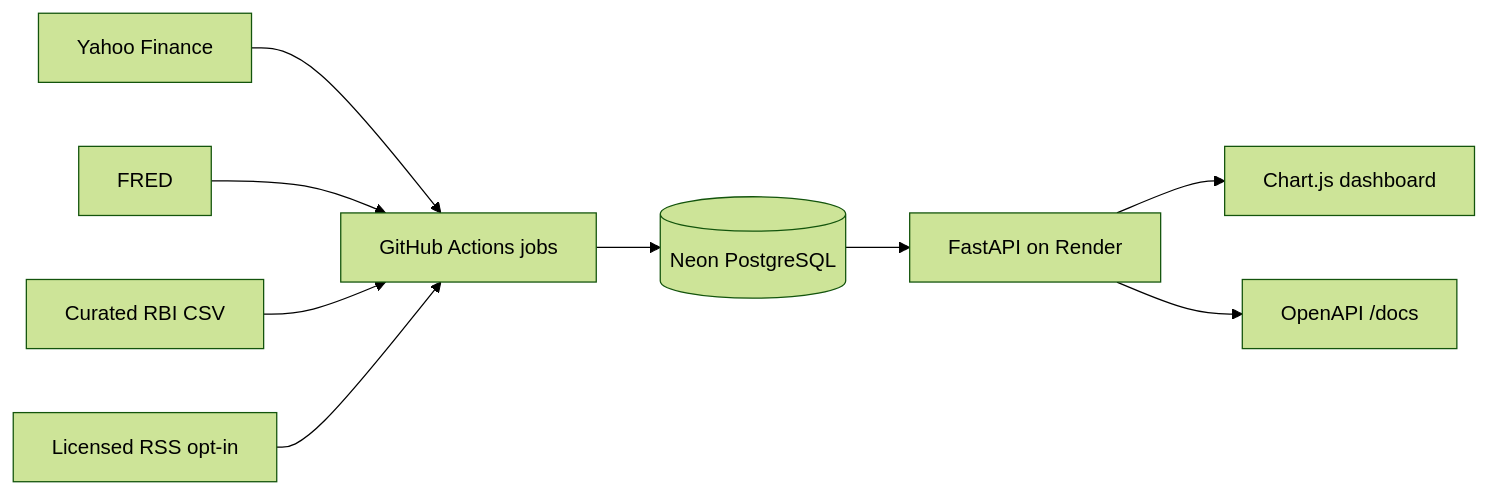
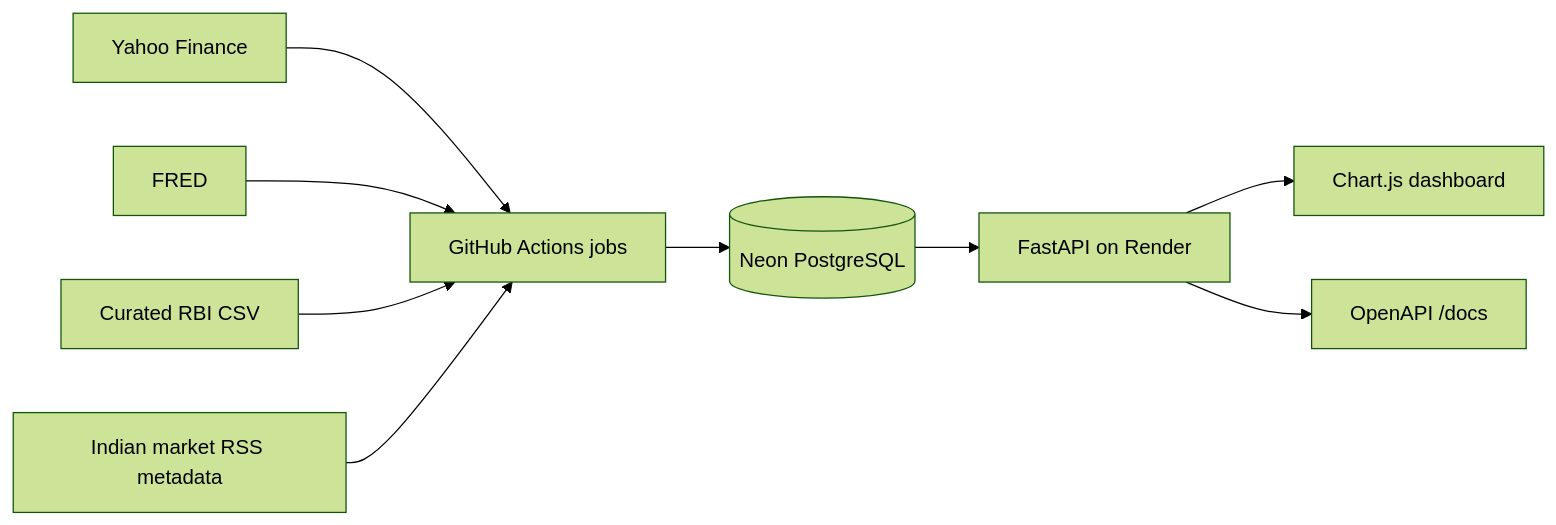
Before and after one commit to rid325/finpipeline: the diagram in README.md, drawn with Mermaid (forest theme). The commit also changed other lines of this file and 13 other files, not shown here.

````diff
--- a/README.md
+++ b/README.md
@@ -9,11 +9,11 @@
 ```mermaid
 flowchart LR
   Yahoo[Yahoo Finance] --> Jobs[GitHub Actions jobs]
   FRED[FRED] --> Jobs
   RBI[Curated RBI CSV] --> Jobs
-  RSS[Licensed RSS opt-in] --> Jobs
+  RSS[Indian market RSS metadata] --> Jobs
   Jobs --> Neon[(Neon PostgreSQL)]
   Neon --> API[FastAPI on Render]
   API --> UI[Chart.js dashboard]
   API --> Docs[OpenAPI /docs]
 ```
````
